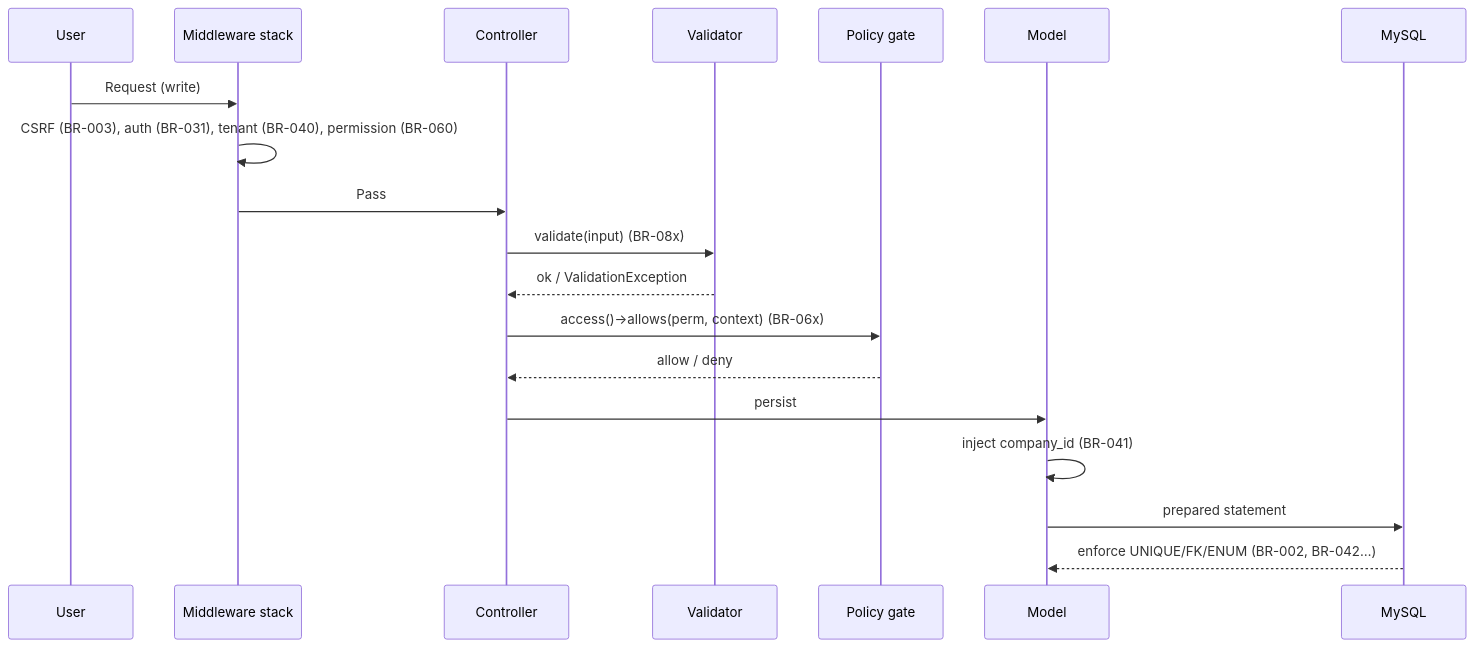
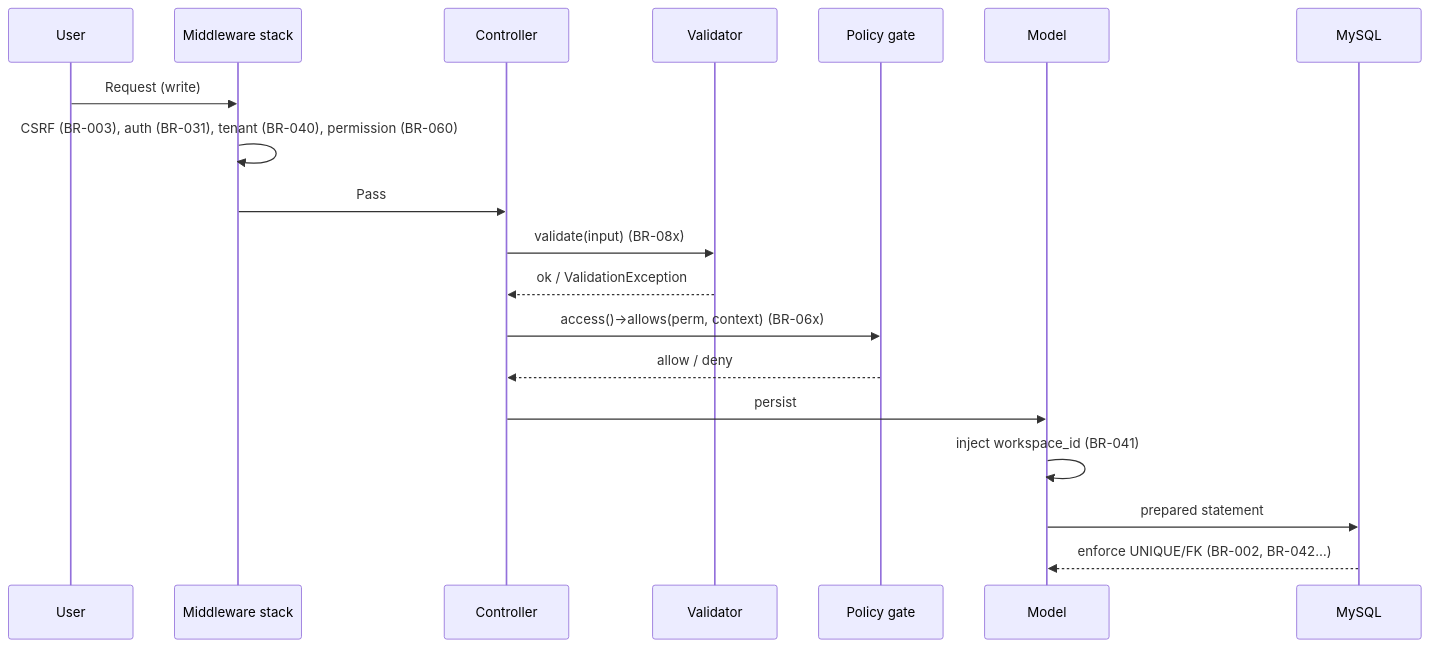
One commit to ammarnabileg/crm changed the second of 2 diagrams in docs/02-Business-Rules.md. Above: the diagram before and after it, drawn with Mermaid. The commit also changed other lines of this file and 47 other files, not shown here.

````diff
--- a/docs/02-Business-Rules.md
+++ b/docs/02-Business-Rules.md
@@ -58,21 +58,21 @@
 ```mermaid
 sequenceDiagram
     participant U as User
     participant MW as Middleware stack
     participant C as Controller
     participant V as Validator
     participant P as Policy gate
     participant M as Model
     participant DB as MySQL
     U->>MW: Request (write)
     MW->>MW: CSRF (BR-003), auth (BR-031), tenant (BR-040), permission (BR-060)
     MW->>C: Pass
     C->>V: validate(input) (BR-08x)
     V-->>C: ok / ValidationException
     C->>P: access()->allows(perm, context) (BR-06x)
     P-->>C: allow / deny
     C->>M: persist
-    M->>M: inject company_id (BR-041)
+    M->>M: inject workspace_id (BR-041)
     M->>DB: prepared statement
-    DB-->>M: enforce UNIQUE/FK/ENUM (BR-002, BR-042…)
+    DB-->>M: enforce UNIQUE/FK (BR-002, BR-042…)
 ```
````
